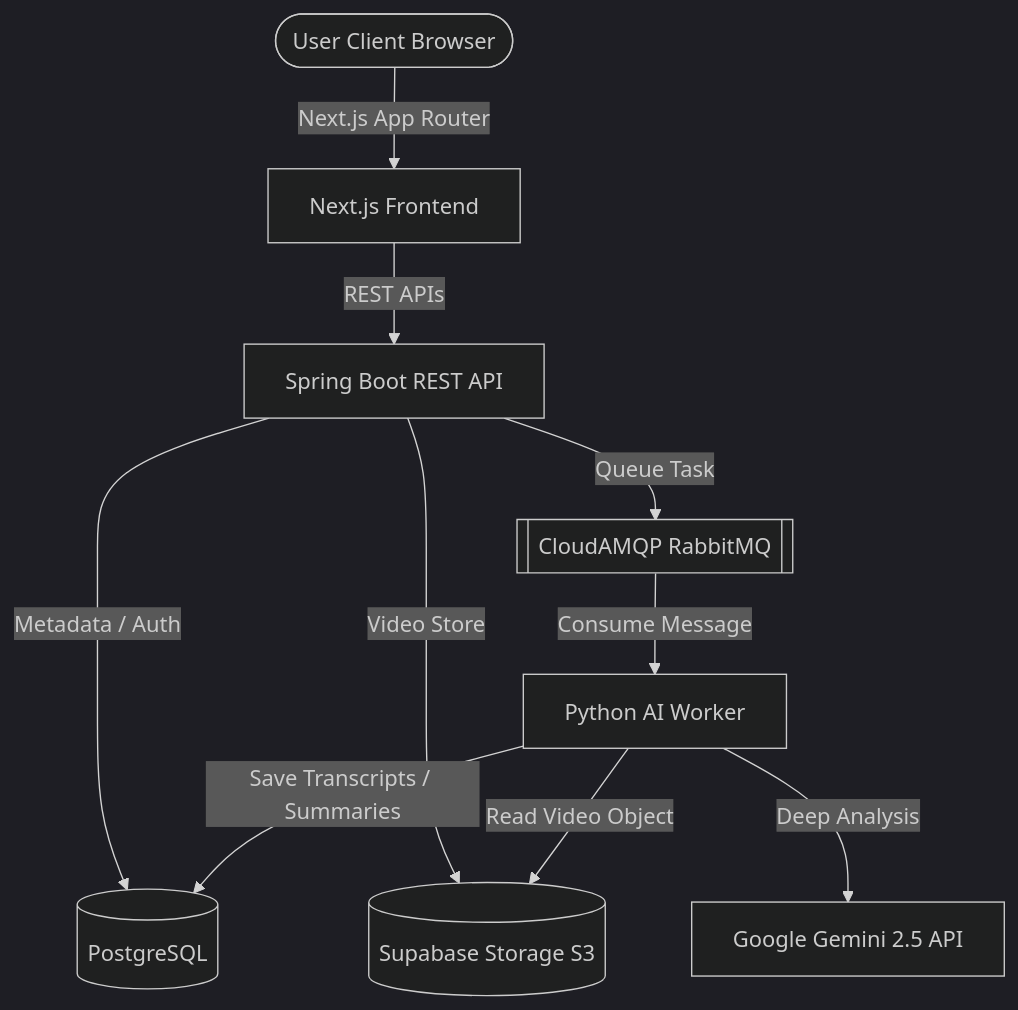
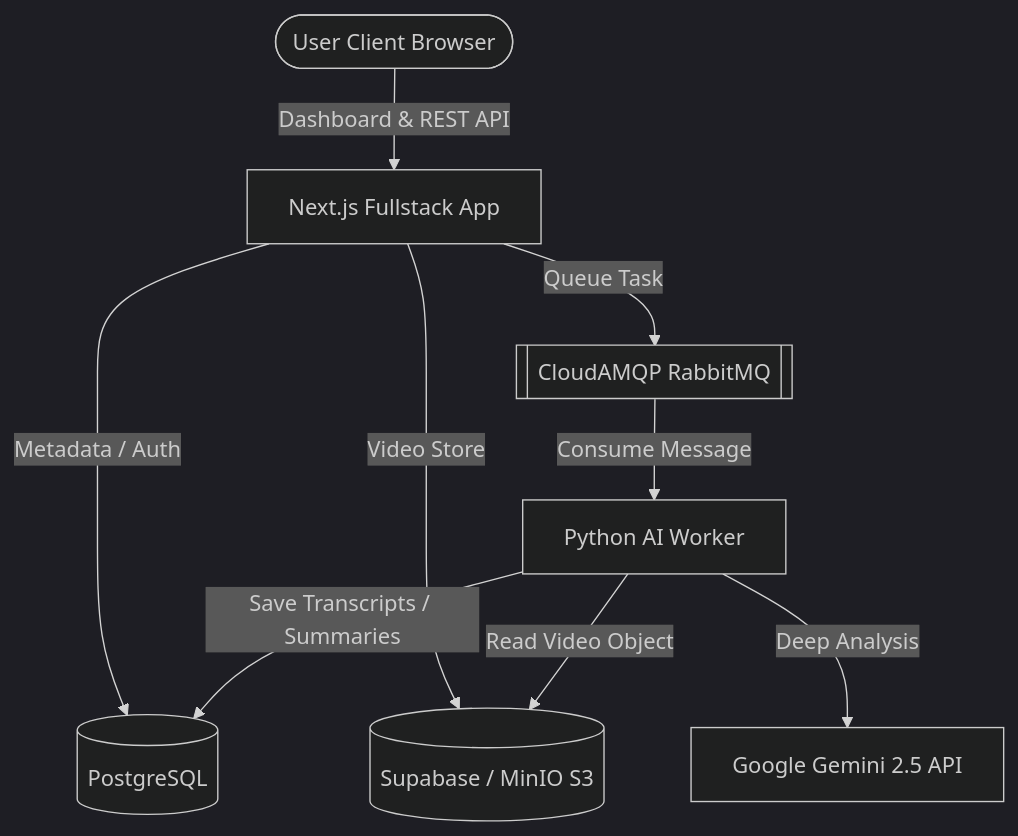
One commit to AbhirupBhowmick/VisiCore-AI changed the diagram in README.md. Above: the diagram before and after it, drawn with Mermaid (dark theme). The commit also changed other lines of this file and 64 other files, not shown here.

Commit message:
feat: initialize core application infrastructure, including authentication, MinIO storage, RabbitMQ messaging, database connectivity, and dashboard routing.

````diff
--- a/README.md
+++ b/README.md
@@ -31,12 +30,11 @@
 ```mermaid
 graph TD
-    User([User Client Browser]) -->|Next.js App Router| Frontend[Next.js Frontend]
-    Frontend -->|REST APIs| Backend[Spring Boot REST API]
-    Backend -->|Metadata / Auth| DB[(PostgreSQL)]
-    Backend -->|Video Store| Storage[(Supabase Storage S3)]
-    Backend -->|Queue Task| MQ[[CloudAMQP RabbitMQ]]
+    User([User Client Browser]) -->|Dashboard & REST API| Fullstack[Next.js Fullstack App]
+    Fullstack -->|Metadata / Auth| DB[(PostgreSQL)]
+    Fullstack -->|Video Store| Storage[(Supabase / MinIO S3)]
+    Fullstack -->|Queue Task| MQ[[CloudAMQP RabbitMQ]]
     MQ -->|Consume Message| Worker[Python AI Worker]
     Worker -->|Read Video Object| Storage
     Worker -->|Deep Analysis| Gemini[Google Gemini 2.5 API]
     Worker -->|Save Transcripts / Summaries| DB
 ```
````
